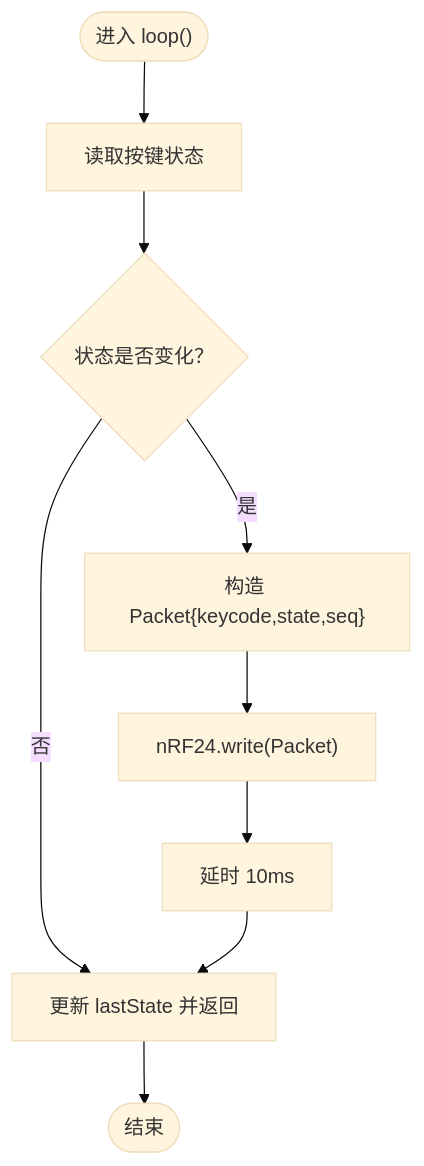
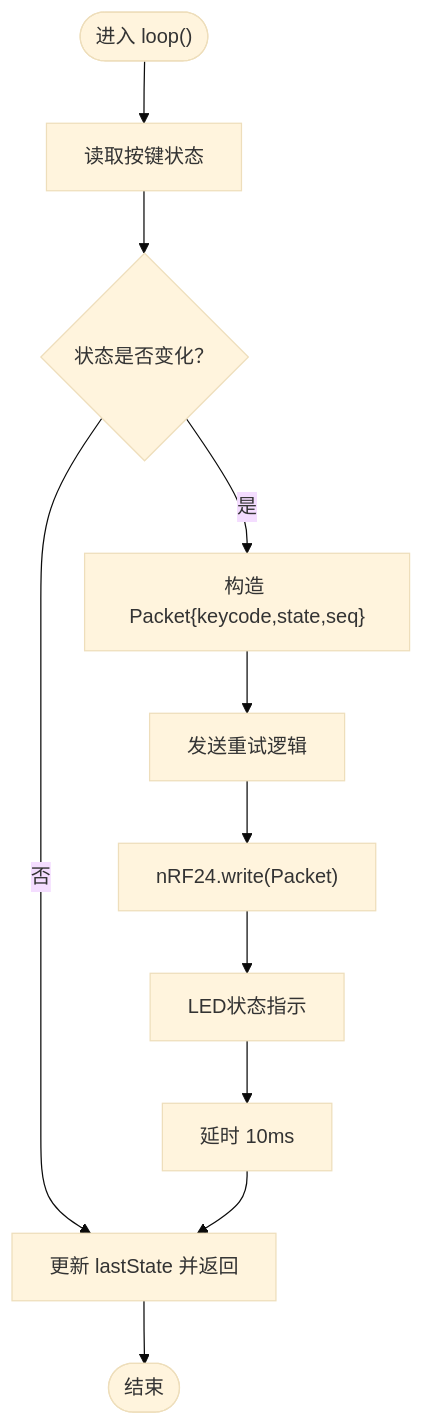
Before and after one commit to Hankun-P/wireless-keyboard-toy: the third of 9 diagrams in .qoder/repowiki/zh/content/硬件系统设计/固件实现细节.md, drawn with Mermaid (base theme). The commit also changed other lines of this file and 10 other files, not shown here.

````diff
--- a/.qoder/repowiki/zh/content/硬件系统设计/固件实现细节.md
+++ b/.qoder/repowiki/zh/content/硬件系统设计/固件实现细节.md
@@ -175,11 +193,13 @@
 ```mermaid
 flowchart TD
 Start(["进入 loop()"]) --> Read["读取按键状态"]
 Read --> Compare{"状态是否变化？"}
 Compare --> |否| UpdateLast["更新 lastState 并返回"]
 Compare --> |是| Build["构造 Packet{keycode,state,seq}"]
-Build --> Send["nRF24.write(Packet)"]
-Send --> Delay["延时 10ms"]
+Build --> Retry["发送重试逻辑"]
+Retry --> Send["nRF24.write(Packet)"]
+Send --> LED["LED状态指示"]
+LED --> Delay["延时 10ms"]
 Delay --> UpdateLast
 UpdateLast --> End(["结束"])
 ```
````
